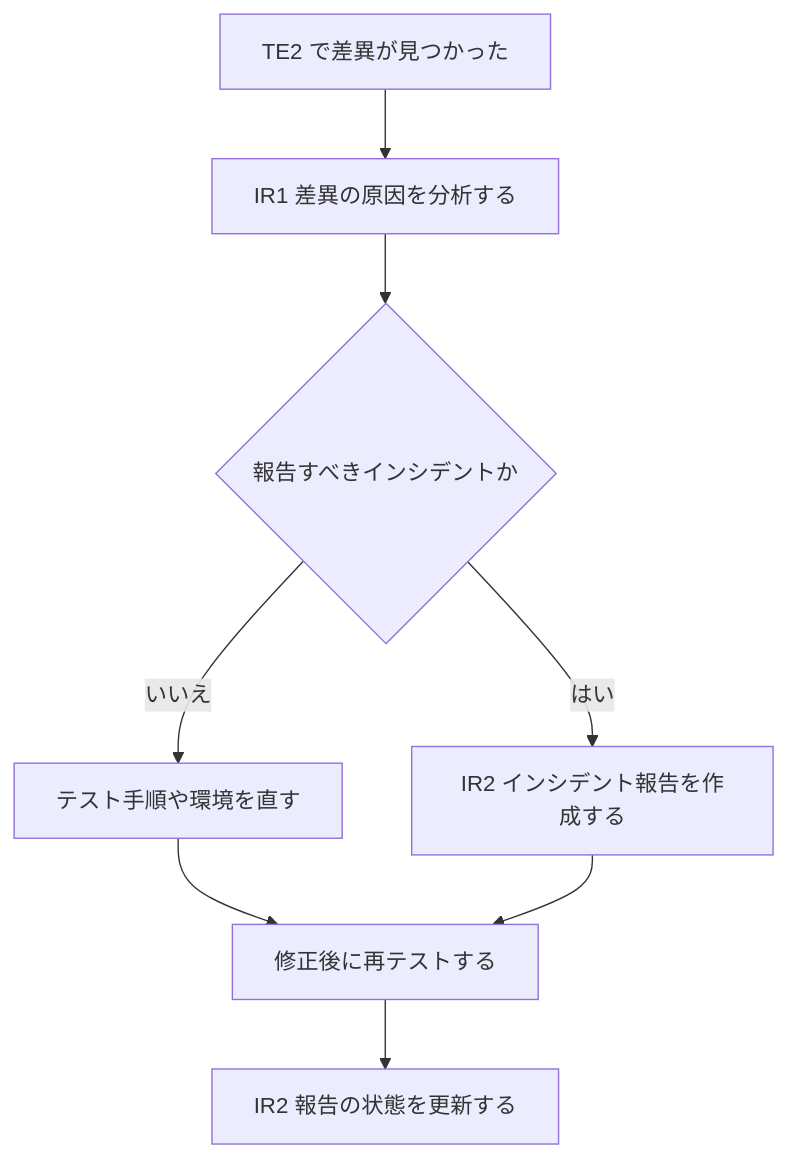
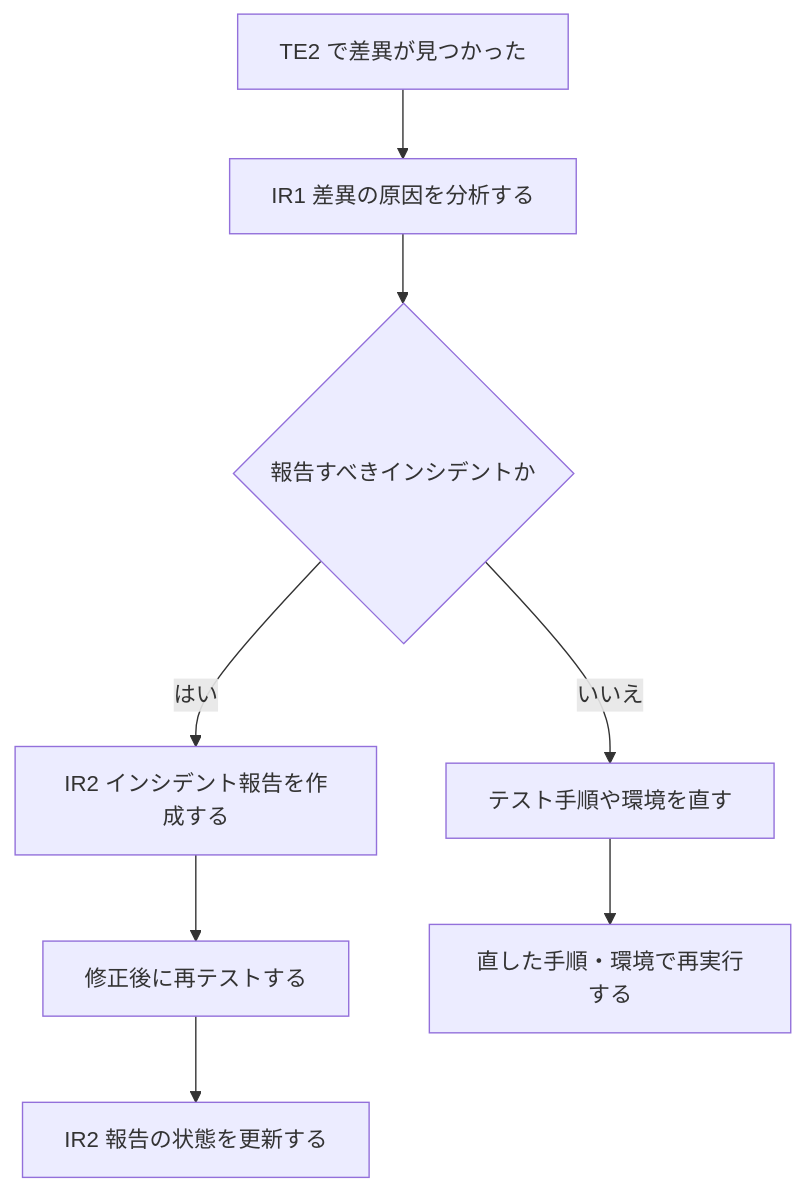
One commit to myoshi2891/Quality-Assurance-Studies changed diagram 13 of 17 in Iso-29119-2-test-processes-guide.md. Above: the diagram before and after it, drawn with Mermaid. The commit also changed other lines of this file, not shown here.

````diff
--- a/Iso-29119-2-test-processes-guide.md
+++ b/Iso-29119-2-test-processes-guide.md
@@ -697,17 +697,18 @@
 ```mermaid
 flowchart TD
     IC1["TE2 で差異が見つかった"]
     IC2["IR1 差異の原因を分析する"]
     IC3{"報告すべきインシデントか"}
     IC4["テスト手順や環境を直す"]
     IC5["IR2 インシデント報告を作成する"]
     IC6["修正後に再テストする"]
     IC7["IR2 報告の状態を更新する"]
+    IC8["直した手順・環境で再実行する"]
     IC1 --> IC2
     IC2 --> IC3
     IC3 -->|"いいえ"| IC4
     IC3 -->|"はい"| IC5
-    IC4 --> IC6
+    IC4 --> IC8
     IC5 --> IC6
     IC6 --> IC7
 ```
````
